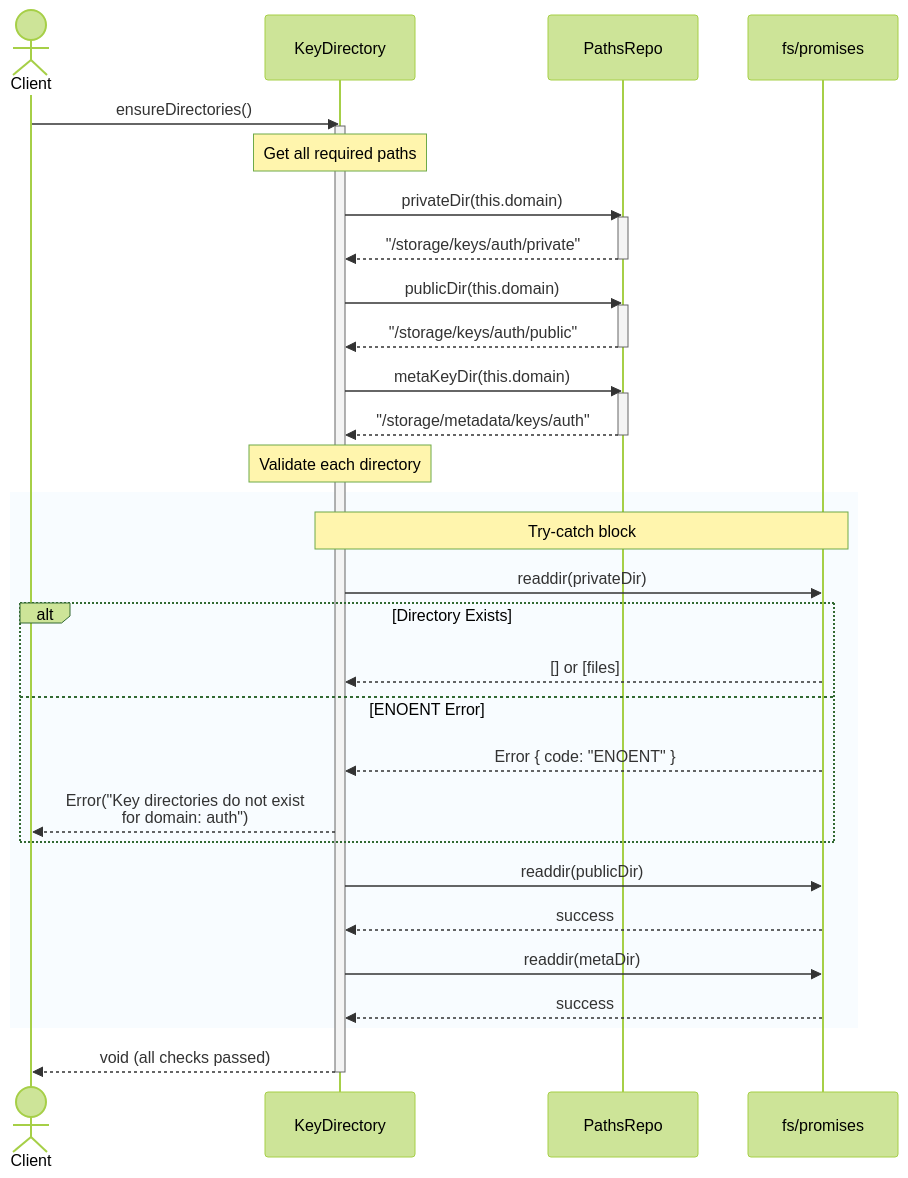
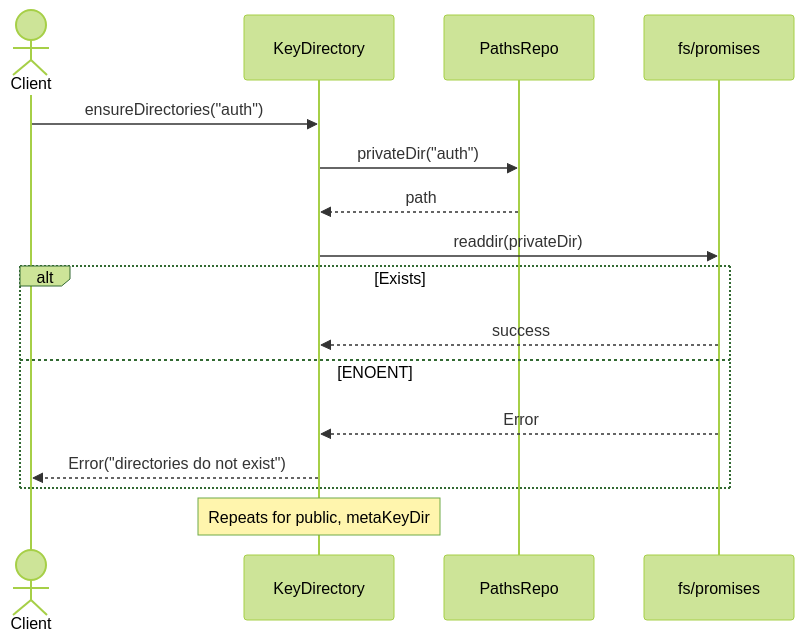
The seventh of 7 diagrams in docs/generated/domain/key-manager/loader/structure.md (itsGurdevSingh/vault), drawn with Mermaid (forest theme) before and after one commit. The commit also changed other lines of this file and 8 other files, not shown here.

````diff
--- a/docs/generated/domain/key-manager/loader/structure.md
+++ b/docs/generated/domain/key-manager/loader/structure.md
@@ -608,50 +487,22 @@
 ```mermaid
 sequenceDiagram
     actor Client
     participant Directory as KeyDirectory
     participant Paths as PathsRepo
     participant FS as fs/promises
 
-    Client->>Directory: ensureDirectories()
-    activate Directory
+    Client->>Directory: ensureDirectories("auth")
 
-    Note over Directory: Get all required paths
+    Directory->>Paths: privateDir("auth")
+    Paths-->>Directory: path
 
-    Directory->>Paths: privateDir(this.domain)
-    activate Paths
-    Paths-->>Directory: "/storage/keys/auth/private"
-    deactivate Paths
-
-    Directory->>Paths: publicDir(this.domain)
-    activate Paths
-    Paths-->>Directory: "/storage/keys/auth/public"
-    deactivate Paths
-
-    Directory->>Paths: metaKeyDir(this.domain)
-    activate Paths
-    Paths-->>Directory: "/storage/metadata/keys/auth"
-    deactivate Paths
-
-    Note over Directory: Validate each directory
-
-    rect rgba(240, 248, 255, 0.45)
-        Note over Directory,FS: Try-catch block
-
-        Directory->>FS: readdir(privateDir)
-        alt Directory Exists
-            FS-->>Directory: [] or [files]
-        else ENOENT Error
-            FS-->>Directory: Error { code: "ENOENT" }
-            Directory-->>Client: Error("Key directories do not exist<br/>for domain: auth")
-        end
-
-        Directory->>FS: readdir(publicDir)
+    Directory->>FS: readdir(privateDir)
+    alt Exists
         FS-->>Directory: success
-
-        Directory->>FS: readdir(metaDir)
-        FS-->>Directory: success
+    else ENOENT
+        FS-->>Directory: Error
+        Directory-->>Client: Error("directories do not exist")
     end
 
-    Directory-->>Client: void (all checks passed)
-    deactivate Directory
+    Note over Directory: Repeats for public, metaKeyDir
 ```
````
